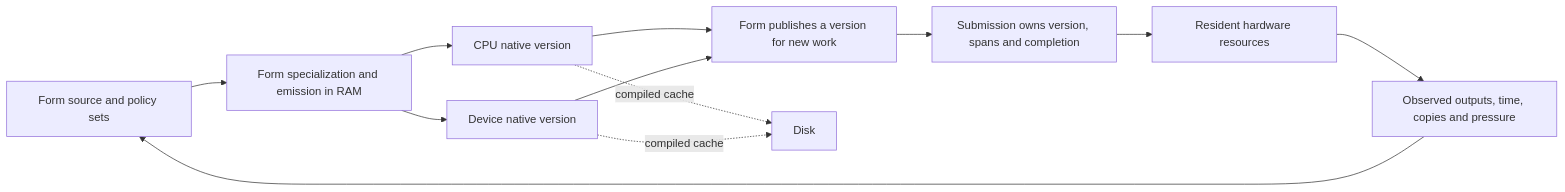
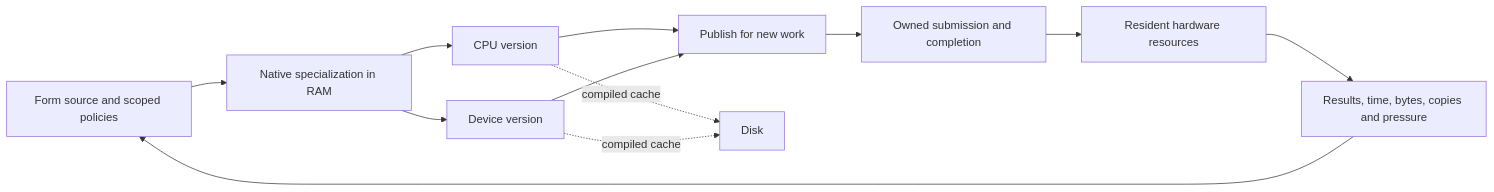
The diagram in docs/fkwu-form-native-north-star.md (seeker71/coherence-kernel), drawn with Mermaid before and after one commit. The commit also changed other lines of this file and 57 other files, not shown here.

First line of the commit message:
Own native program lifetimes and release observations in Form

````diff
--- a/docs/fkwu-form-native-north-star.md
+++ b/docs/fkwu-form-native-north-star.md
@@ -9,14 +7,14 @@
 ```mermaid
 flowchart LR
-  F[Form source and policy sets] --> J[Form specialization and emission in RAM]
-  J --> C[CPU native version]
-  J --> M[Device native version]
-  C --> P[Form publishes a version for new work]
-  M --> P
-  P --> L[Submission owns version, spans and completion]
+  F[Form source and scoped policies] --> J[Native specialization in RAM]
+  J --> C[CPU version]
+  J --> G[Device version]
+  C --> P[Publish for new work]
+  G --> P
+  P --> L[Owned submission and completion]
   L --> R[Resident hardware resources]
-  R --> E[Observed outputs, time, copies and pressure]
+  R --> E[Results, time, bytes, copies and pressure]
   E --> F
   C -. compiled cache .-> D[Disk]
-  M -. compiled cache .-> D
+  G -. compiled cache .-> D
 ```
````
